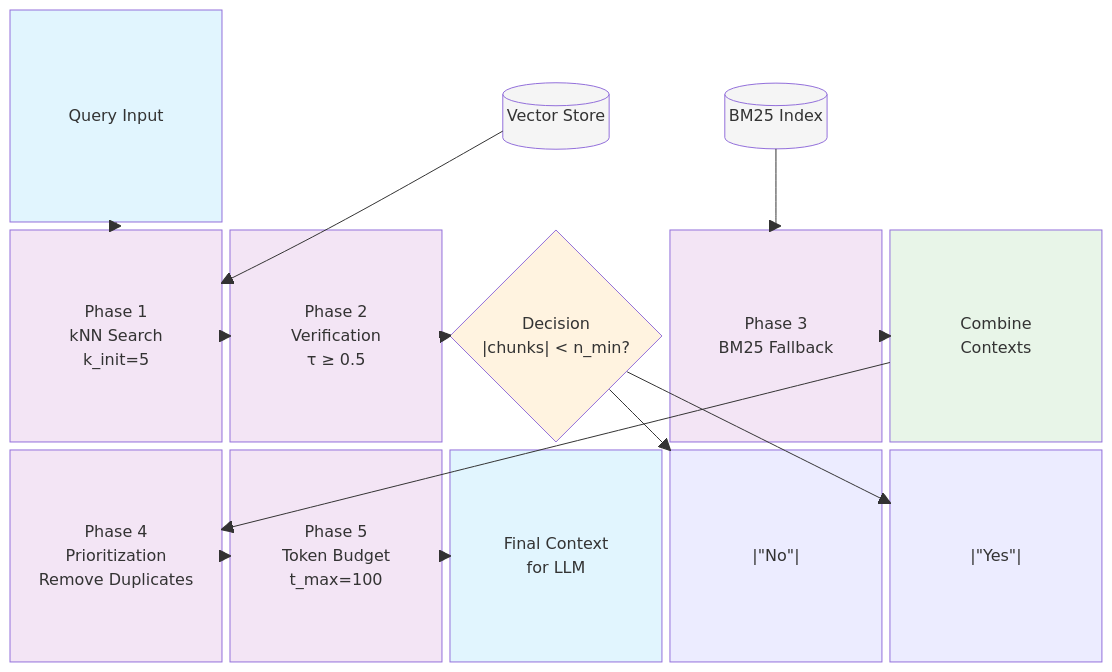
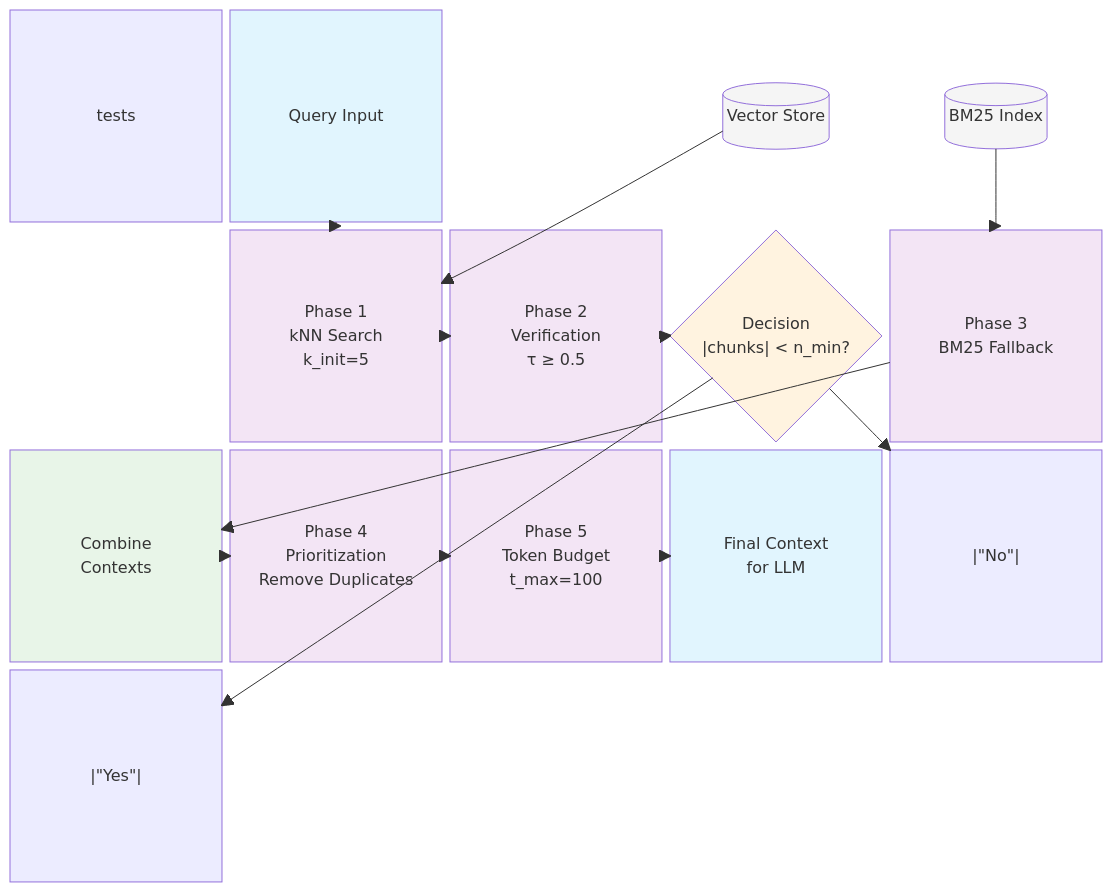
One commit to nakulbh/Meve-framework changed the diagram in README.md. Above: the diagram before and after it, drawn with Mermaid. The commit also changed 43 other files, not shown here.

````diff
--- a/README.md
+++ b/README.md
@@ -13,45 +13,45 @@
 ```mermaid
 block-beta
-    columns 5
+    columns 5tests
     
     Query["Query Input"]
     
     space
     VectorDB[("Vector Store")]
     BM25DB[("BM25 Index")]
     space
     
     Phase1["Phase 1<br/>kNN Search<br/>k_init=5"]
     Phase2["Phase 2<br/>Verification<br/>τ ≥ 0.5"]
     Decision{"Decision<br/>|chunks| < n_min?"}
     Phase3["Phase 3<br/>BM25 Fallback"]
     Combine["Combine<br/>Contexts"]
     
     Phase4["Phase 4<br/>Prioritization<br/>Remove Duplicates"]
     Phase5["Phase 5<br/>Token Budget<br/>t_max=100"]
     Output["Final Context<br/>for LLM"]
     
     Query --> Phase1
     VectorDB --> Phase1
     Phase1 --> Phase2
     Phase2 --> Decision
     Decision -->|"No"| Combine
     Decision -->|"Yes"| Phase3
     BM25DB --> Phase3
     Phase3 --> Combine
     Combine --> Phase4
     Phase4 --> Phase5
     Phase5 --> Output
     
     style Query fill:#e1f5fe
     style Phase1 fill:#f3e5f5
     style Phase2 fill:#f3e5f5
     style Decision fill:#fff3e0
     style Phase3 fill:#f3e5f5
     style Combine fill:#e8f5e8
     style Phase4 fill:#f3e5f5
     style Phase5 fill:#f3e5f5
     style Output fill:#e1f5fe
     style VectorDB fill:#f5f5f5
     style BM25DB fill:#f5f5f5
 ```
````
